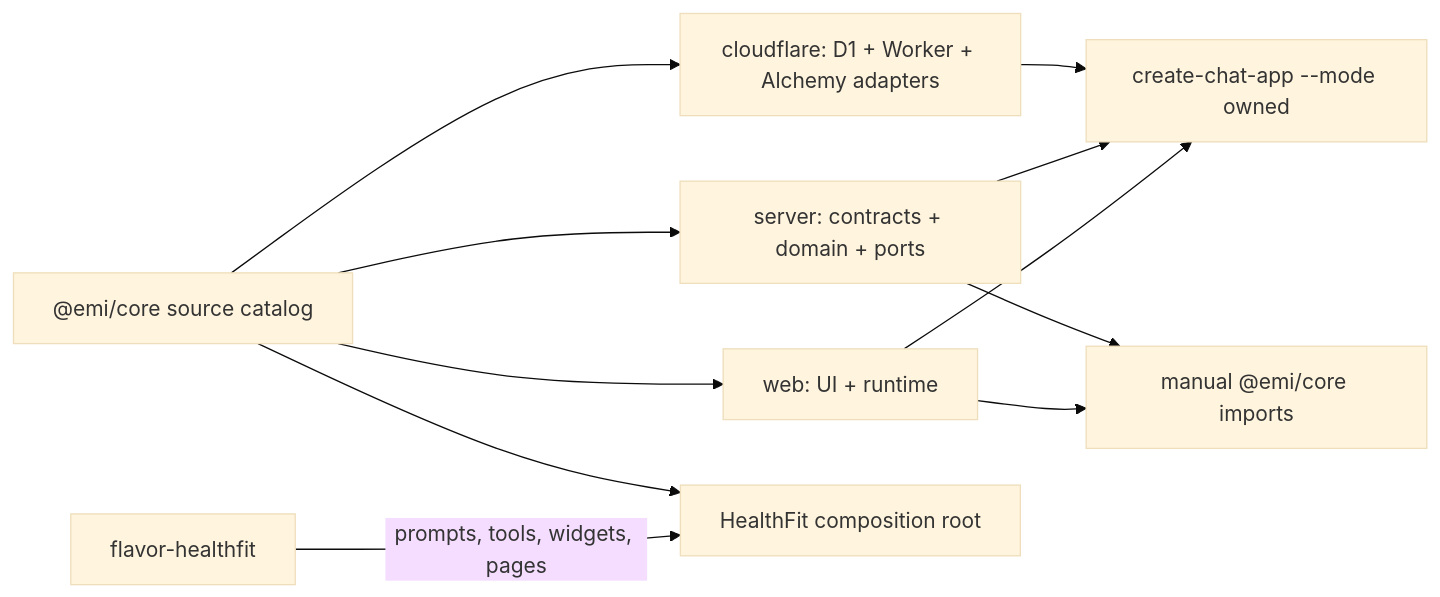
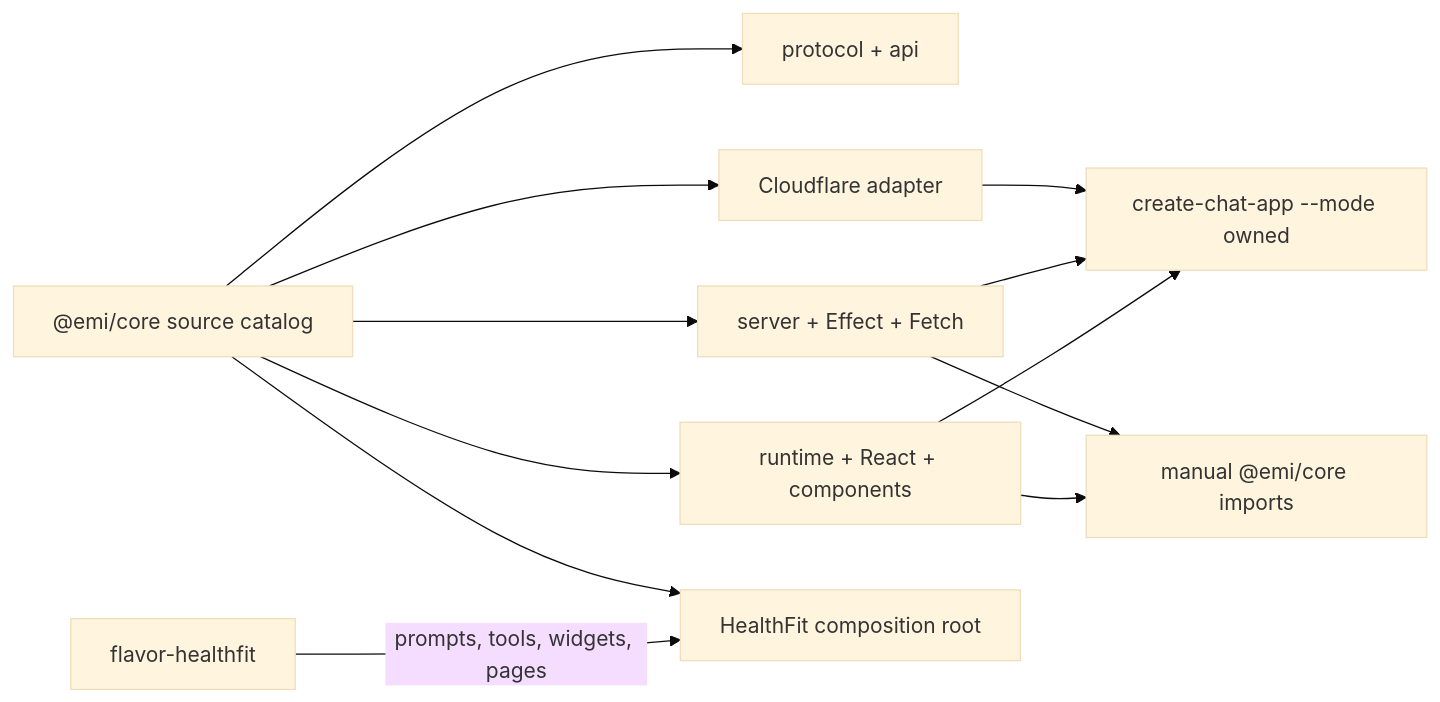
Before and after one commit to astahmer/emi-healthfit: the first of 3 diagrams in plans/core-chat-platform.md, drawn with Mermaid (base theme). The commit also changed other lines of this file and 9 other files, not shown here.

````diff
--- a/plans/core-chat-platform.md
+++ b/plans/core-chat-platform.md
@@ -48,13 +53,14 @@
 ```mermaid
 flowchart LR
-  CORE["@emi/core source catalog"] --> WEB["web: UI + runtime"]
-  CORE --> SERVER["server: contracts + domain + ports"]
-  CORE --> CF["cloudflare: D1 + Worker + Alchemy adapters"]
+  CORE["@emi/core source catalog"] --> PROTOCOL["protocol + api"]
+  CORE --> WEB["runtime + React + components"]
+  CORE --> SERVER["server + Effect + Fetch"]
+  CORE --> CF["Cloudflare adapter"]
   WEB --> OWNED["create-chat-app --mode owned"]
   SERVER --> OWNED
   CF --> OWNED
   WEB --> WORKSPACE["manual @emi/core imports"]
   SERVER --> WORKSPACE
   HEALTHFIT["flavor-healthfit"] -->|"prompts, tools, widgets, pages"| APP["HealthFit composition root"]
   CORE --> APP
 ```
````
